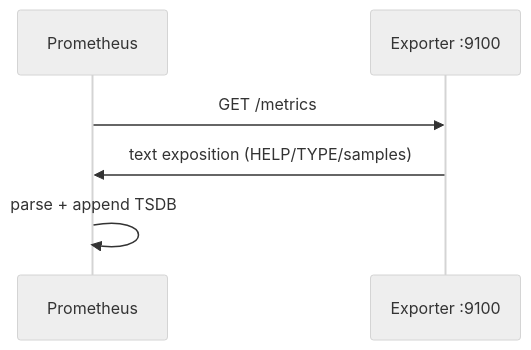
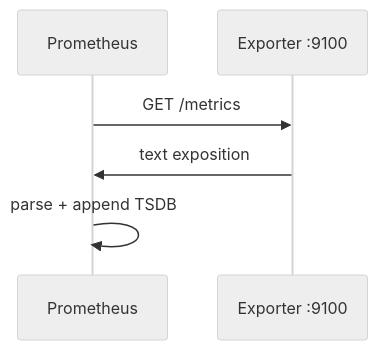
Before and after one commit to ml-cuizijun/LearnToLilith: the second of 4 diagrams in 05-开发能力/03-Go/14-CLI与Prometheus指标/知识点.md, drawn with Mermaid (neutral theme). The commit also changed other lines of this file and 178 other files, not shown here.

````diff
--- a/05-开发能力/03-Go/14-CLI与Prometheus指标/知识点.md
+++ b/05-开发能力/03-Go/14-CLI与Prometheus指标/知识点.md
@@ -339,8 +332,8 @@
 ```mermaid
 sequenceDiagram
     participant P as Prometheus
     participant E as Exporter :9100
     P->>E: GET /metrics
-    E->>P: text exposition (HELP/TYPE/samples)
+    E->>P: text exposition
     P->>P: parse + append TSDB
 ```
````
